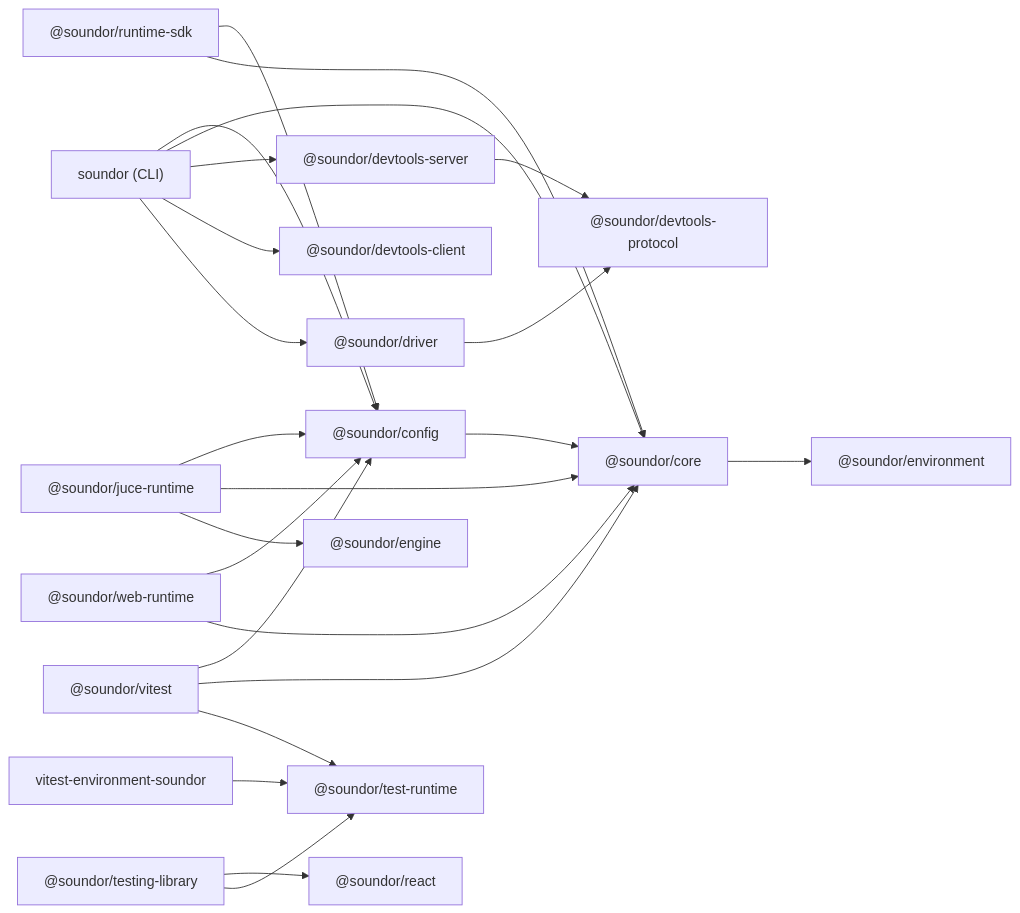
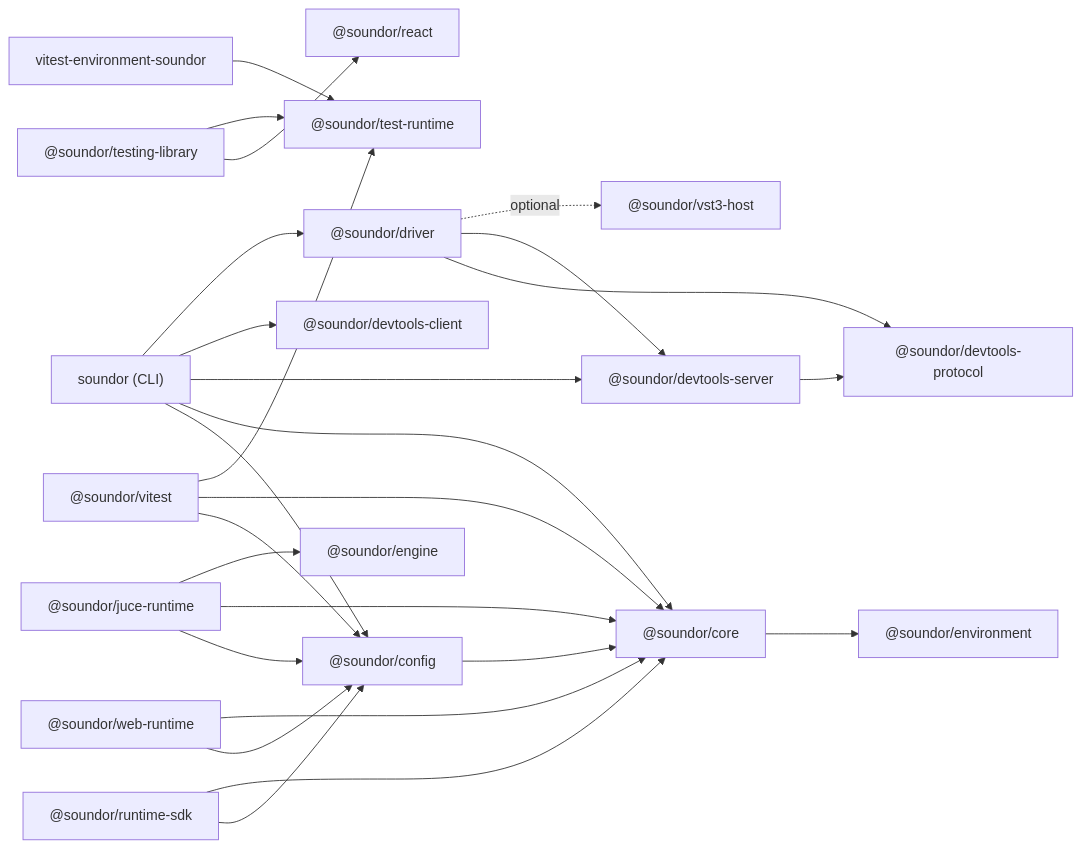
Before and after one commit to soundor/soundor: the diagram in apps/website/content/docs/contribute/packages.md, drawn with Mermaid. The commit also changed other lines of this file and 18 other files, not shown here.

First line of the commit message:
feat(driver): launch plugins in the VST3 host

````diff
--- a/apps/website/content/docs/contribute/packages.md
+++ b/apps/website/content/docs/contribute/packages.md
@@ -25,25 +25,27 @@
 ```mermaid
 flowchart LR
     cli["soundor (CLI)"] --> config["@soundor/config"]
     cli --> core["@soundor/core"]
     cli --> dtserver["@soundor/devtools-server"]
     cli --> dtclient["@soundor/devtools-client"]
     cli --> driver["@soundor/driver"]
     driver --> dtprotocol
+    driver --> dtserver
+    driver -. optional .-> host["@soundor/vst3-host"]
     dtserver --> dtprotocol["@soundor/devtools-protocol"]
     config --> core
     core --> environment["@soundor/environment"]
     sdk["@soundor/runtime-sdk"] --> config
     sdk --> core
     juce["@soundor/juce-runtime"] --> config
     juce --> core
     juce --> engine["@soundor/engine"]
     web["@soundor/web-runtime"] --> config
     web --> core
     vitest["@soundor/vitest"] --> config
     vitest --> core
     vitest --> testruntime["@soundor/test-runtime"]
     env["vitest-environment-soundor"] --> testruntime
     tl["@soundor/testing-library"] --> react["@soundor/react"]
     tl --> testruntime
 ```
````
